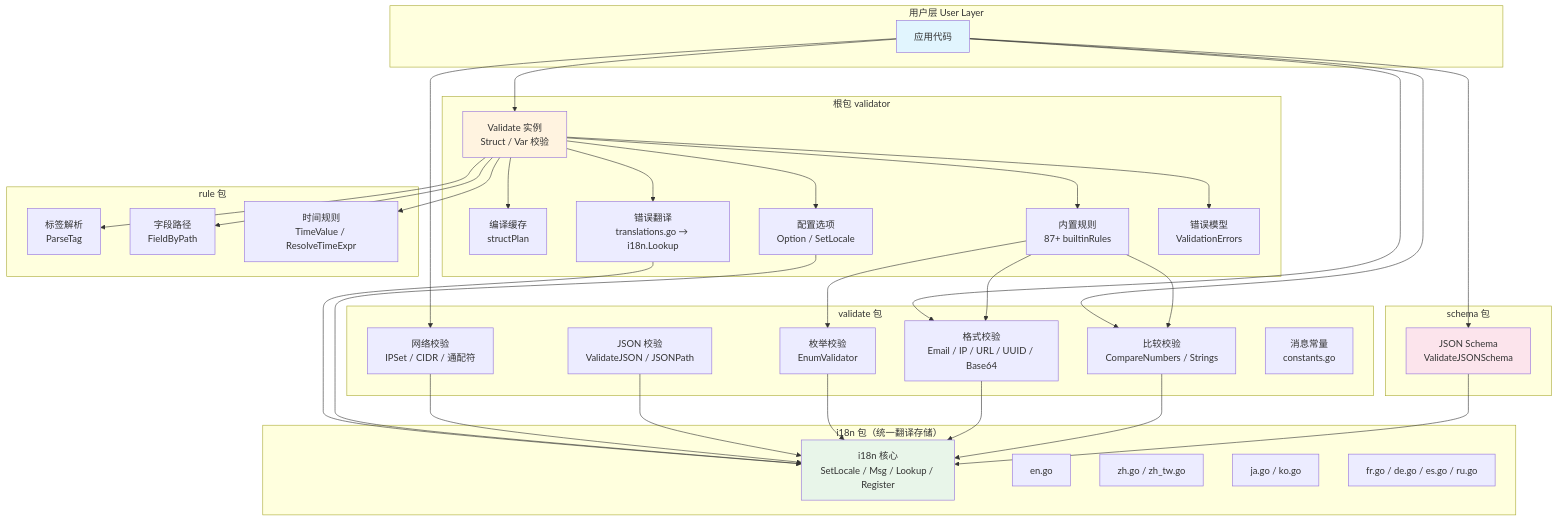
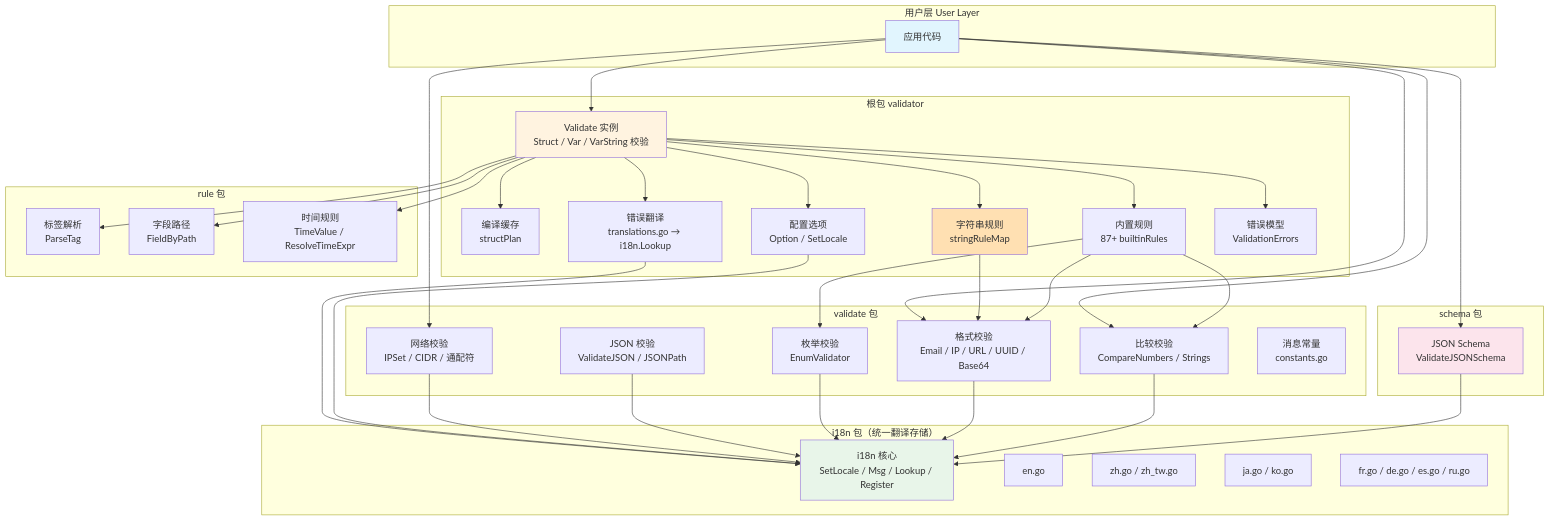
One commit to kamalyes/go-argus changed the diagram in README.md. Above: the diagram before and after it, drawn with Mermaid. The commit also changed other lines of this file and 5 other files, not shown here.

````diff
--- a/README.md
+++ b/README.md
@@ -38,76 +39,80 @@
 ```mermaid
 graph TB
     subgraph "用户层 User Layer"
         APP["应用代码"]
     end
 
     subgraph "根包 validator"
-        V["Validate 实例<br/>Struct / Var 校验"]
+        V["Validate 实例<br/>Struct / Var / VarString 校验"]
         CACHE["编译缓存<br/>structPlan"]
         TAGS["内置规则<br/>87+ builtinRules"]
+        STAGS["字符串规则<br/>stringRuleMap"]
         TRANS["错误翻译<br/>translations.go → i18n.Lookup"]
         OPTS["配置选项<br/>Option / SetLocale"]
         ERRORS["错误模型<br/>ValidationErrors"]
     end
 
     subgraph "rule 包"
         RPARSE["标签解析<br/>ParseTag"]
         RFIELD["字段路径<br/>FieldByPath"]
         RTIME["时间规则<br/>TimeValue / ResolveTimeExpr"]
     end
 
     subgraph "validate 包"
         COMPARE["比较校验<br/>CompareNumbers / Strings"]
         FORMAT["格式校验<br/>Email / IP / URL / UUID / Base64"]
         ENUM["枚举校验<br/>EnumValidator"]
         JSON["JSON 校验<br/>ValidateJSON / JSONPath"]
         NETWORK["网络校验<br/>IPSet / CIDR / 通配符"]
         CONSTANTS["消息常量<br/>constants.go"]
     end
 
     subgraph "i18n 包（统一翻译存储）"
         I18N["i18n 核心<br/>SetLocale / Msg / Lookup / Register"]
         I18N_EN["en.go"]
         I18N_ZH["zh.go / zh_tw.go"]
         I18N_JA["ja.go / ko.go"]
         I18N_OTHER["fr.go / de.go / es.go / ru.go"]
     end
 
     subgraph "schema 包"
         SCHEMA["JSON Schema<br/>ValidateJSONSchema"]
     end
 
     APP --> V
     V --> CACHE
     V --> TAGS
+    V --> STAGS
     V --> TRANS
     V --> OPTS
     V --> ERRORS
     V --> RPARSE
     V --> RFIELD
     V --> RTIME
 
     TAGS --> FORMAT
     TAGS --> COMPARE
     TAGS --> ENUM
+    STAGS --> FORMAT
 
     APP --> COMPARE
     APP --> FORMAT
     APP --> NETWORK
     APP --> SCHEMA
 
     SCHEMA --> I18N
     COMPARE --> I18N
     FORMAT --> I18N
     ENUM --> I18N
     JSON --> I18N
     NETWORK --> I18N
 
     OPTS --> I18N
     TRANS --> I18N
 
     style APP fill:#e1f5fe
     style V fill:#fff3e0
+    style STAGS fill:#ffe0b2
     style I18N fill:#e8f5e9
     style SCHEMA fill:#fce4ec
 ```
````
